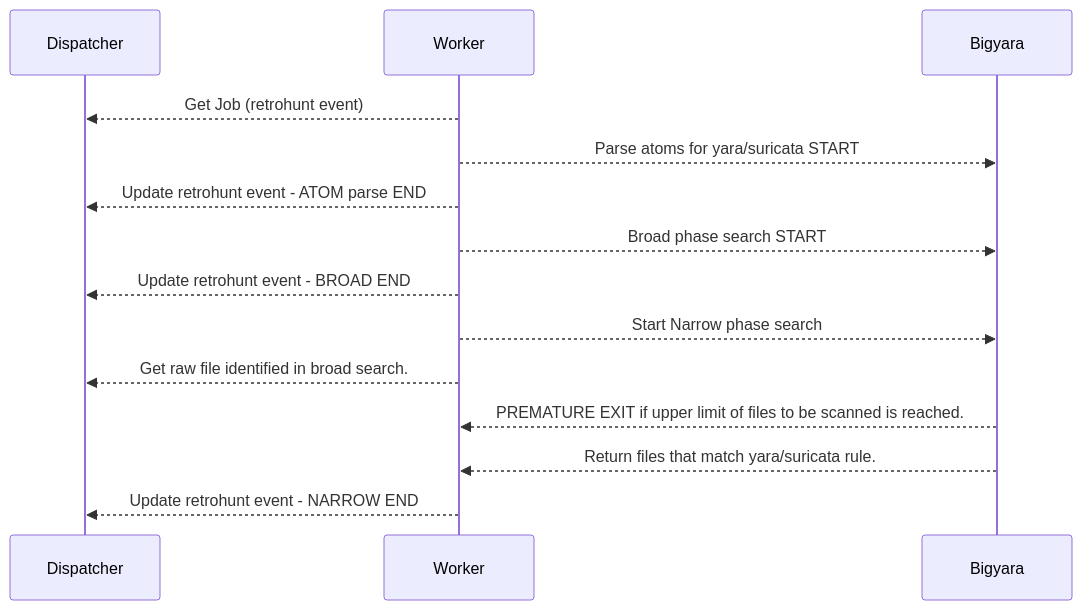
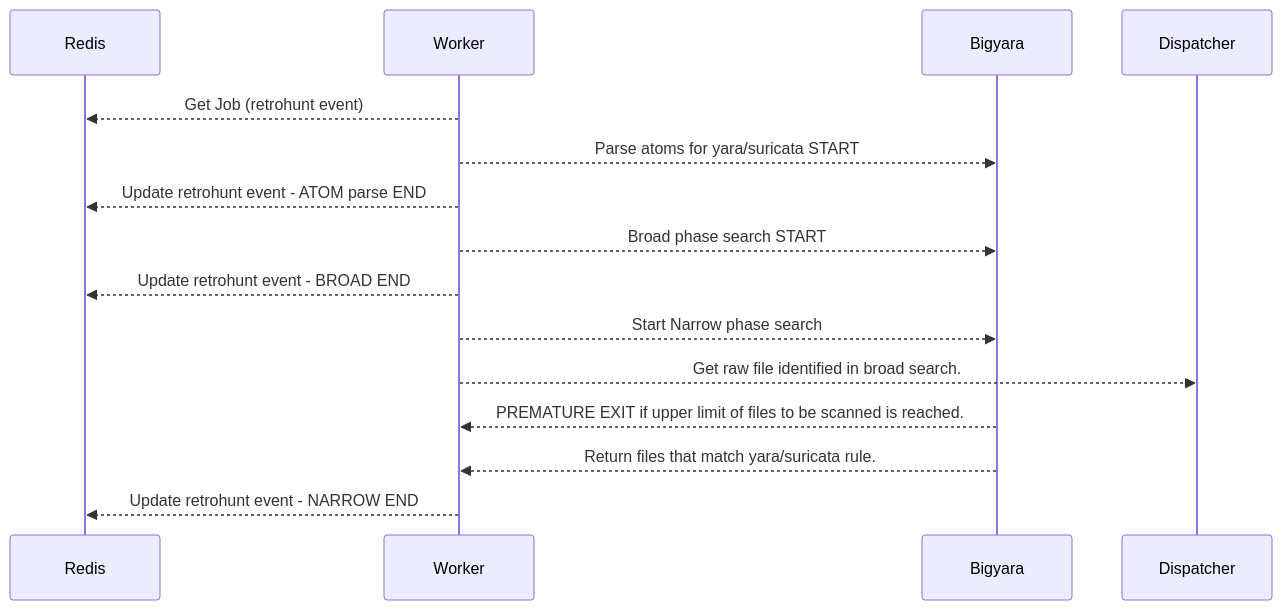
One commit to AustralianCyberSecurityCentre/azul-plugin-retrohunt changed the fifth of 7 diagrams in README.md. Above: the diagram before and after it, drawn with Mermaid. The commit also changed other lines of this file, not shown here.

````diff
--- a/README.md
+++ b/README.md
@@ -276,16 +277,16 @@
 ```mermaid
 sequenceDiagram
-    participant Dispatcher
+    participant Redis
     participant Worker
     participant Bigyara
-    Worker-->>Dispatcher: Get Job (retrohunt event)
+    Worker-->>Redis: Get Job (retrohunt event)
     Worker-->>Bigyara: Parse atoms for yara/suricata START
-    Worker-->>Dispatcher: Update retrohunt event - ATOM parse END
+    Worker-->>Redis: Update retrohunt event - ATOM parse END
     Worker-->>Bigyara: Broad phase search START
-    Worker-->>Dispatcher: Update retrohunt event - BROAD END
+    Worker-->>Redis: Update retrohunt event - BROAD END
     Worker-->>Bigyara: Start Narrow phase search
     Worker-->>Dispatcher: Get raw file identified in broad search.
     Bigyara-->>Worker: PREMATURE EXIT if upper limit of files to be scanned is reached.
     Bigyara-->>Worker: Return files that match yara/suricata rule.
-    Worker-->>Dispatcher: Update retrohunt event - NARROW END
+    Worker-->>Redis: Update retrohunt event - NARROW END
 ```
````
